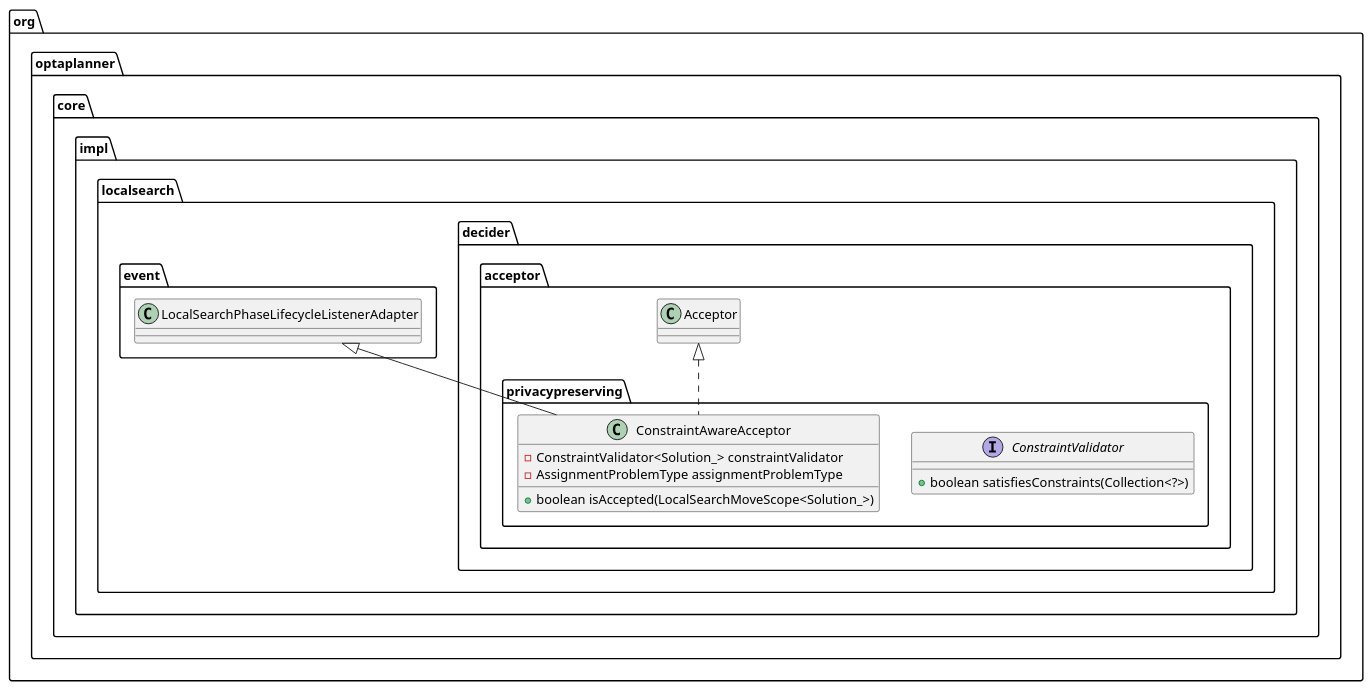
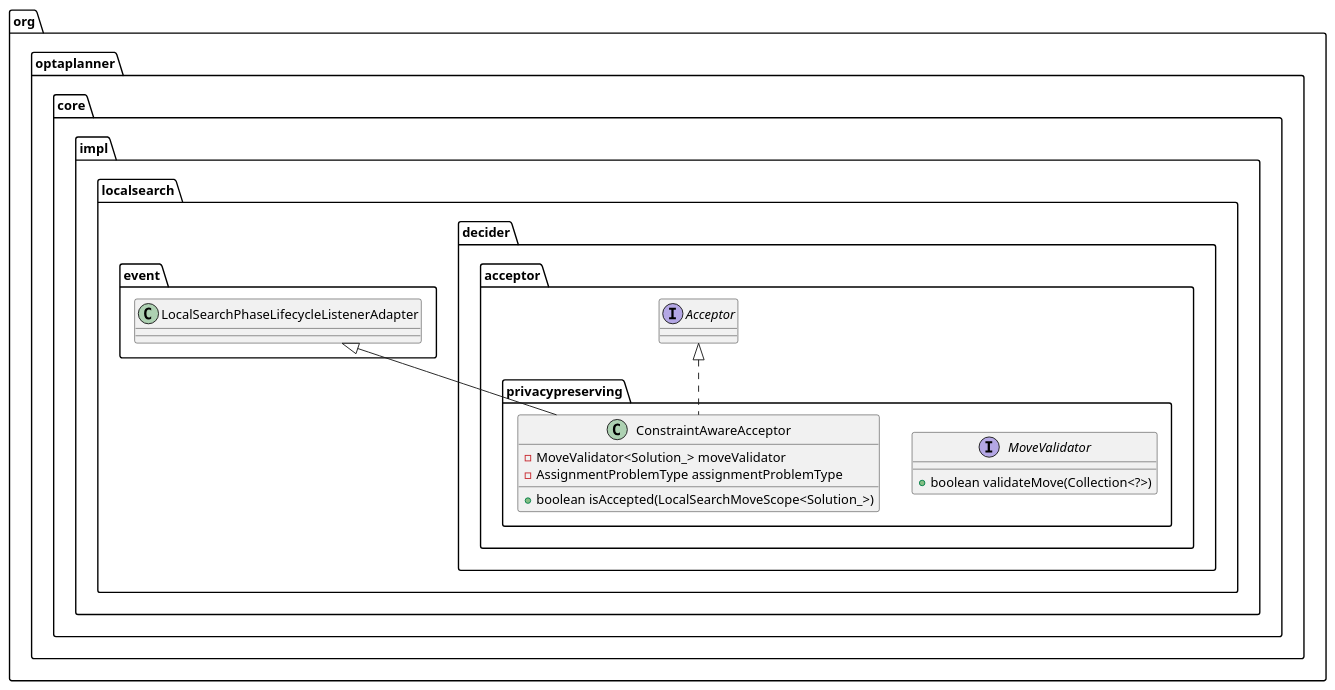
One commit to kevschuetz/optaplanner changed the diagram in optaplanner-core/acceptor.puml. Above: the diagram before and after it, drawn with PlantUML. The commit also changed 15 other files, not shown here.

Commit message:
class diagrams

```diff
--- a/optaplanner-core/acceptor.puml
+++ b/optaplanner-core/acceptor.puml
@@ -1,14 +1,15 @@
 @startuml
-interface org.optaplanner.core.impl.localsearch.decider.acceptor.privacypreserving.ConstraintValidator {
-+ boolean satisfiesConstraints(Collection<?>)
+interface org.optaplanner.core.impl.localsearch.decider.acceptor.privacypreserving.MoveValidator{
++ boolean validateMove(Collection<?>)
 }
 class org.optaplanner.core.impl.localsearch.decider.acceptor.privacypreserving.ConstraintAwareAcceptor {
-- ConstraintValidator<Solution_> constraintValidator
+- MoveValidator<Solution_> moveValidator
 - AssignmentProblemType assignmentProblemType
 + boolean isAccepted(LocalSearchMoveScope<Solution_>)
 }
 
+interface org.optaplanner.core.impl.localsearch.decider.acceptor.Acceptor
 
 org.optaplanner.core.impl.localsearch.decider.acceptor.Acceptor <|.. org.optaplanner.core.impl.localsearch.decider.acceptor.privacypreserving.ConstraintAwareAcceptor
 org.optaplanner.core.impl.localsearch.event.LocalSearchPhaseLifecycleListenerAdapter <|-- org.optaplanner.core.impl.localsearch.decider.acceptor.privacypreserving.ConstraintAwareAcceptor
 @enduml
```
